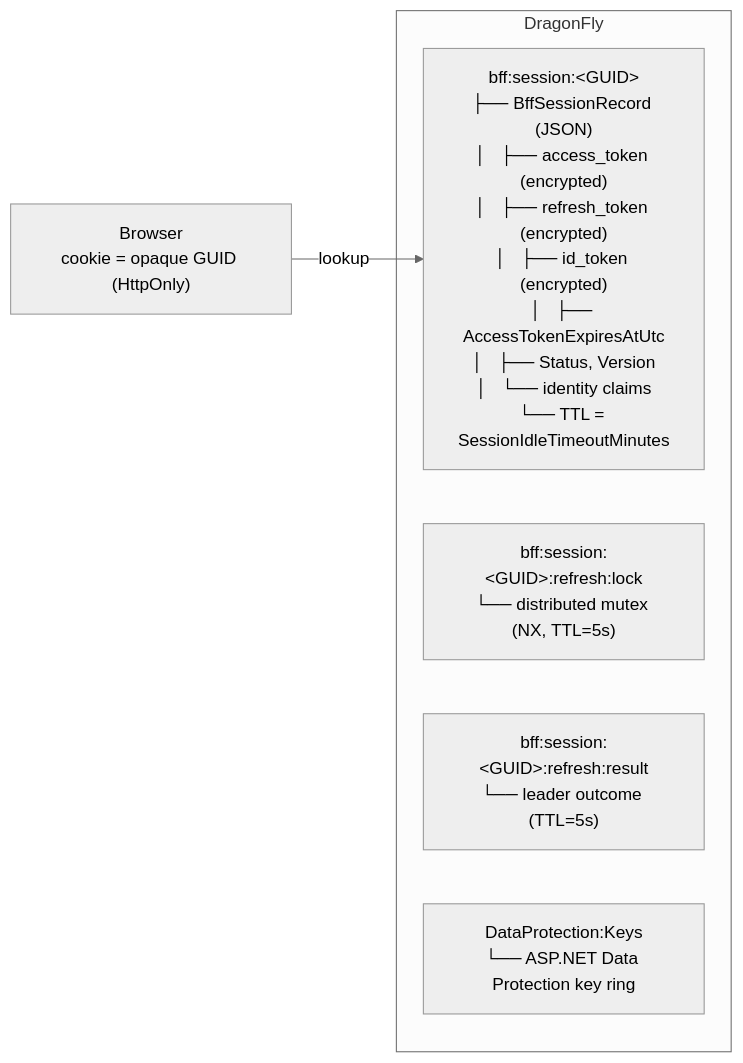
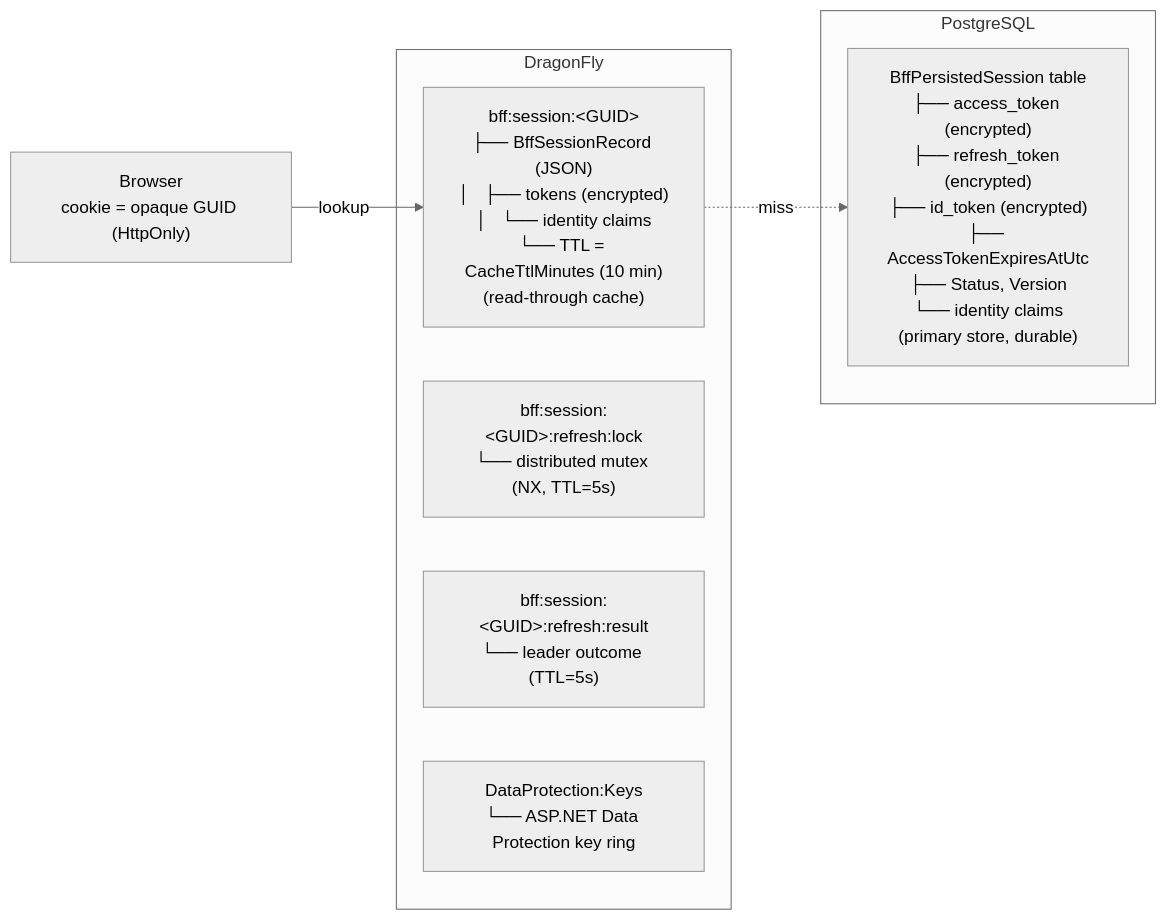
One commit to zribktad/API-Template-Modules changed the ninth of 9 diagrams in docs/AUTHENTICATION.md. Above: the diagram before and after it, drawn with Mermaid (neutral theme). The commit also changed other lines of this file and 31 other files, not shown here.

First line of the commit message:
feat: Implement PostgreSQL-backed BFF session store with Redis caching

````diff
--- a/docs/AUTHENTICATION.md
+++ b/docs/AUTHENTICATION.md
@@ -504,11 +519,17 @@
 ```mermaid
 graph LR
-    Browser["Browser<br/>cookie = opaque GUID (HttpOnly)"] -->|lookup| Session
+    Browser["Browser<br/>cookie = opaque GUID (HttpOnly)"] -->|lookup| Cache
+
+    subgraph PostgreSQL
+        PGSession["BffPersistedSession table<br/>├── access_token (encrypted)<br/>├── refresh_token (encrypted)<br/>├── id_token (encrypted)<br/>├── AccessTokenExpiresAtUtc<br/>├── Status, Version<br/>└── identity claims<br/>(primary store, durable)"]
+    end
 
     subgraph DragonFly
-        Session["bff:session:&lt;GUID&gt;<br/>├── BffSessionRecord (JSON)<br/>│   ├── access_token (encrypted)<br/>│   ├── refresh_token (encrypted)<br/>│   ├── id_token (encrypted)<br/>│   ├── AccessTokenExpiresAtUtc<br/>│   ├── Status, Version<br/>│   └── identity claims<br/>└── TTL = SessionIdleTimeoutMinutes"]
+        Cache["bff:session:&lt;GUID&gt;<br/>├── BffSessionRecord (JSON)<br/>│   ├── tokens (encrypted)<br/>│   └── identity claims<br/>└── TTL = CacheTtlMinutes (10 min)<br/>(read-through cache)"]
         Lock["bff:session:&lt;GUID&gt;:refresh:lock<br/>└── distributed mutex (NX, TTL=5s)"]
         Result["bff:session:&lt;GUID&gt;:refresh:result<br/>└── leader outcome (TTL=5s)"]
         DP["DataProtection:Keys<br/>└── ASP.NET Data Protection key ring"]
     end
+
+    Cache -.->|miss| PGSession
 ```
````
